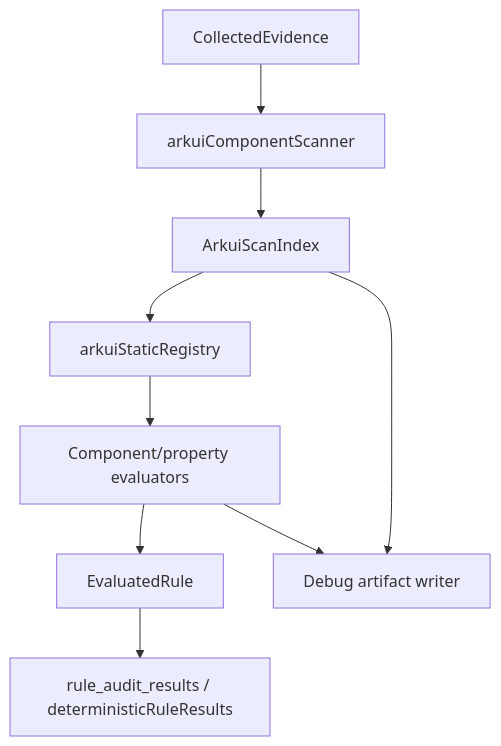
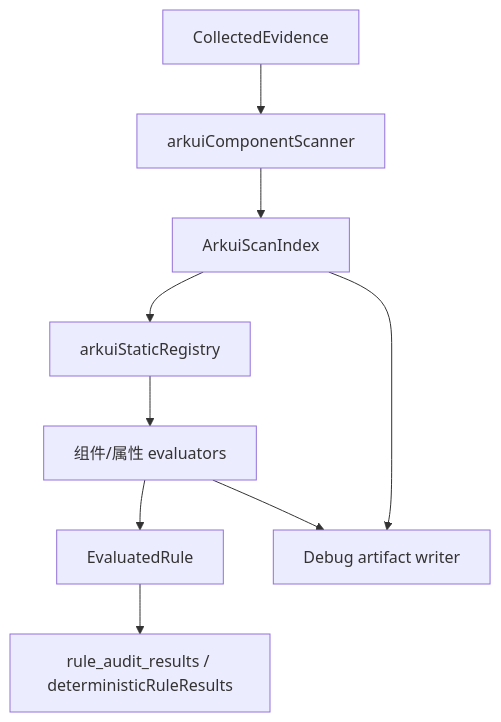
Before and after one commit to yaoooge/hmos-score-agent: the diagram in docs/superpowers/specs/2026-06-04-cross-device-static-ui-rule-evaluator-design.md, drawn with Mermaid. The commit also changed other lines of this file, not shown here.

````diff
--- a/docs/superpowers/specs/2026-06-04-cross-device-static-ui-rule-evaluator-design.md
+++ b/docs/superpowers/specs/2026-06-04-cross-device-static-ui-rule-evaluator-design.md
@@ -87,11 +87,11 @@
 ```mermaid
 flowchart TD
   A["CollectedEvidence"] --> B["arkuiComponentScanner"]
   B --> C["ArkuiScanIndex"]
   C --> D["arkuiStaticRegistry"]
-  D --> E["Component/property evaluators"]
+  D --> E["组件/属性 evaluators"]
   E --> F["EvaluatedRule"]
   C --> G["Debug artifact writer"]
   E --> G
   F --> H["rule_audit_results / deterministicRuleResults"]
 ```
````
